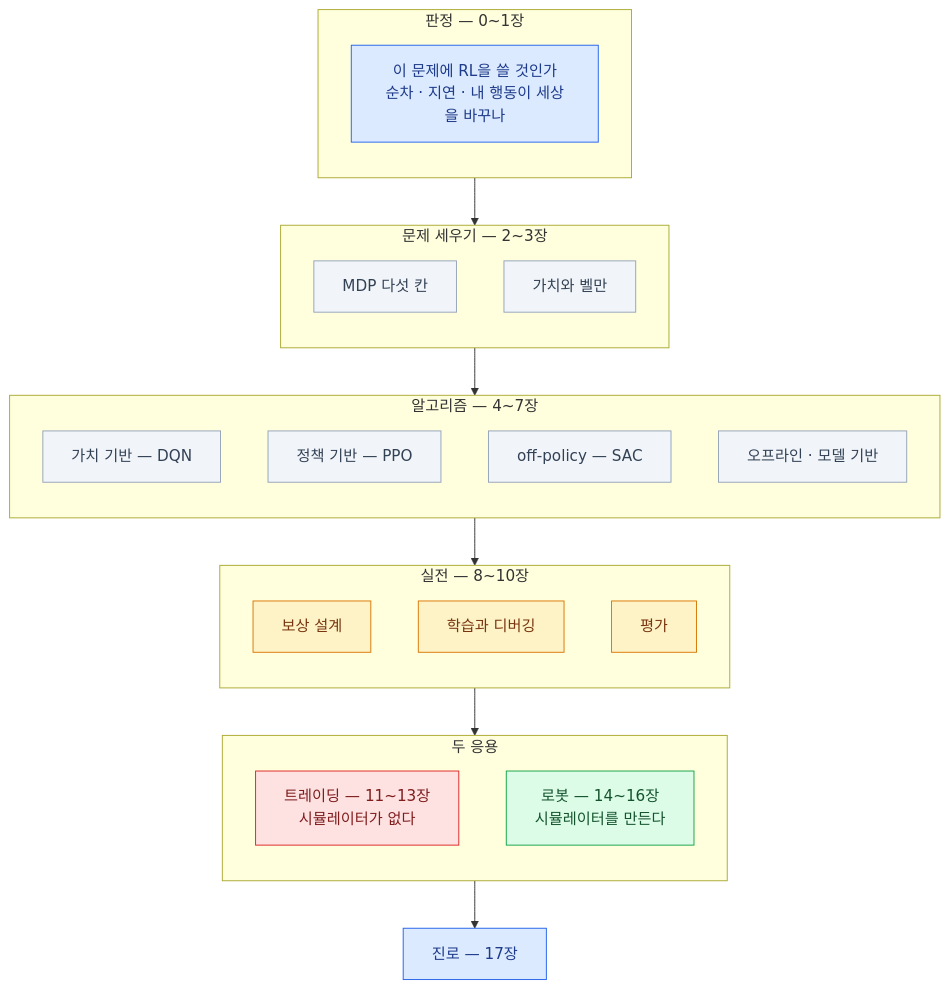
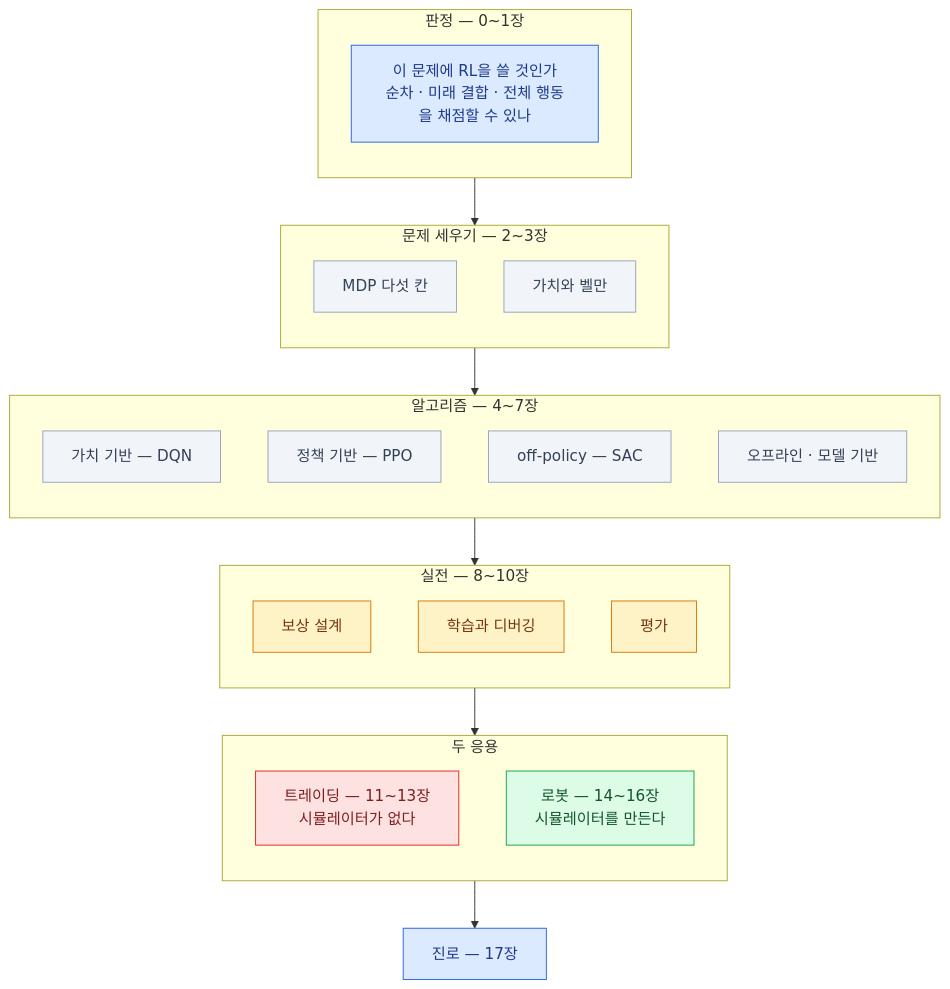
Before and after one commit to mechurak/study-starlight: the diagram in src/content/docs/rl/19-wrapup.mdx, drawn with Mermaid. The commit also changed other lines of this file and 21 other files, not shown here.

````diff
--- a/src/content/docs/rl/19-wrapup.mdx
+++ b/src/content/docs/rl/19-wrapup.mdx
@@ -23,46 +25,46 @@
 ```mermaid
 flowchart TB
     subgraph J["판정 — 0~1장"]
         direction TB
-        J1["이 문제에 RL을 쓸 것인가<br/>순차 · 지연 · 내 행동이 세상을 바꾸나"]
+        J1["이 문제에 RL을 쓸 것인가<br/>순차 · 미래 결합 · 전체 행동을 채점할 수 있나"]
     end
     subgraph F["문제 세우기 — 2~3장"]
         direction TB
         F1["MDP 다섯 칸"]
         F2["가치와 벨만"]
     end
     subgraph A["알고리즘 — 4~7장"]
         direction TB
         A1["가치 기반 — DQN"]
         A2["정책 기반 — PPO"]
         A3["off-policy — SAC"]
         A4["오프라인 · 모델 기반"]
     end
     subgraph P["실전 — 8~10장"]
         direction TB
         P1["보상 설계"]
         P2["학습과 디버깅"]
         P3["평가"]
     end
     subgraph D["두 응용"]
         direction TB
         D1["트레이딩 — 11~13장<br/>시뮬레이터가 없다"]
         D2["로봇 — 14~16장<br/>시뮬레이터를 만든다"]
     end
     C["진로 — 17장"]
 
     J --> F --> A --> P --> D --> C
 
     classDef key  fill:#dbeafe,stroke:#2563eb,color:#1e3a8a
     classDef ok   fill:#dcfce7,stroke:#16a34a,color:#14532d
     classDef warn fill:#fef3c7,stroke:#d97706,color:#78350f
     classDef bad  fill:#fee2e2,stroke:#dc2626,color:#7f1d1d
     classDef mute fill:#f1f5f9,stroke:#94a3b8,color:#334155
     class J1 key
     class F1,F2 mute
     class A1,A2,A3,A4 mute
     class P1,P2,P3 warn
     class D1 bad
     class D2 ok
     class C key
 ```
````
